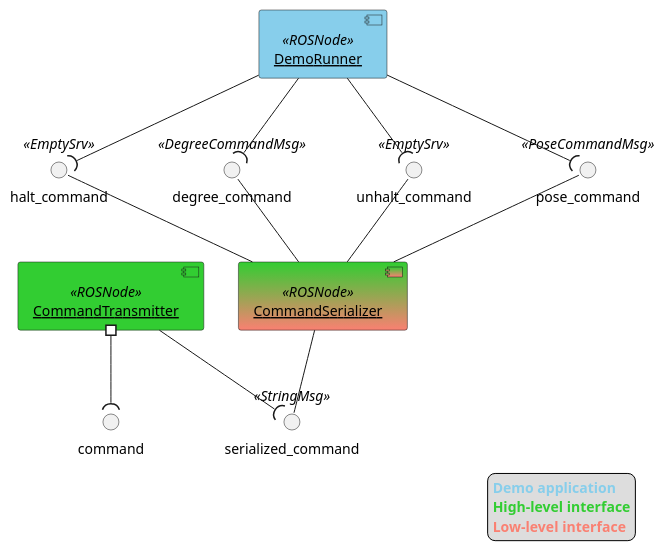
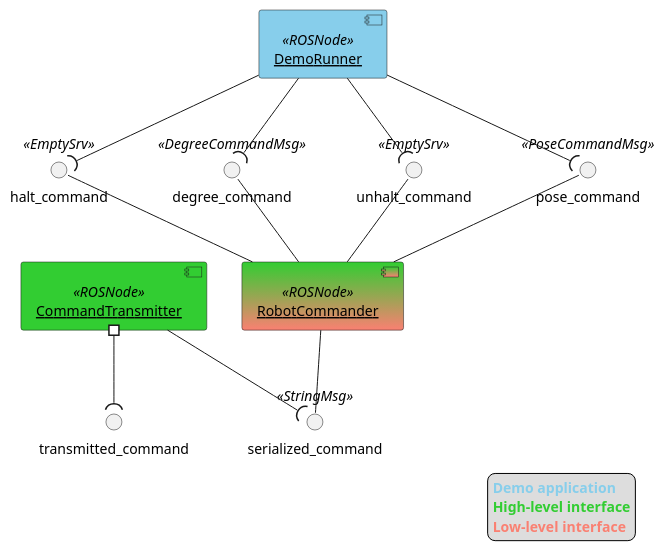
Before and after one commit to bscp/al5d_cpp: the diagram in doc/component_diagram.puml, drawn with PlantUML. The commit also changed 3 other files, not shown here.

Commit message:
Update UML diagrams

```diff
--- a/doc/component_diagram.puml
+++ b/doc/component_diagram.puml
@@ -1,32 +1,32 @@
 @startuml
 
 interface halt_command <<EmptySrv>>
 interface degree_command <<DegreeCommandMsg>>
 interface unhalt_command <<EmptySrv>>
 interface pose_command <<PoseCommandMsg>>
-interface command
+interface transmitted_command
 interface serialized_command <<StringMsg>>
 
 component "<u>DemoRunner</u>" <<ROSNode>> as DemoRunner #SkyBlue
-component "<u>CommandSerializer</u>" <<ROSNode>> as CommandSerializer #LimeGreen-Salmon
+component "<u>RobotCommander</u>" <<ROSNode>> as RobotCommander #LimeGreen-Salmon
 component "<u>CommandTransmitter</u>" <<ROSNode>> as CommandTransmitter #LimeGreen
 
 DemoRunner --( halt_command
 DemoRunner --( degree_command
 DemoRunner --( unhalt_command
 DemoRunner --( pose_command
-halt_command -- CommandSerializer
-unhalt_command -- CommandSerializer
-pose_command -- CommandSerializer
-degree_command -- CommandSerializer
-CommandTransmitter #--( command
-CommandSerializer -- serialized_command
+halt_command -- RobotCommander
+unhalt_command -- RobotCommander
+pose_command -- RobotCommander
+degree_command -- RobotCommander
+CommandTransmitter #--( transmitted_command
+RobotCommander -- serialized_command
 CommandTransmitter --( serialized_command
 
 legend right
   <b><color:SkyBlue>Demo application</color></b>
   <b><color:LimeGreen>High-level interface</color></b>
   <b><color:Salmon>Low-level interface</color></b>
 endlegend
 
 @enduml
```
